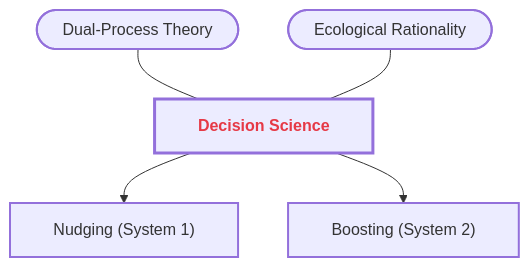
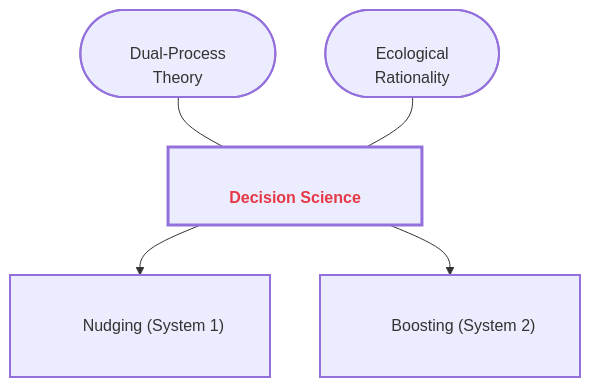
The fifth of 8 diagrams in Communication_Influence/Mastery_Guide_SOW_BS033.md (GM024/CourseSummaries), drawn with Mermaid before and after one commit. The commit also changed other lines of this file, not shown here.

Commit message:
GitHub-Hardened V2: 12px font and 10-space buffers for zero-clipping guarantee

````diff
--- a/Communication_Influence/Mastery_Guide_SOW_BS033.md
+++ b/Communication_Influence/Mastery_Guide_SOW_BS033.md
@@ -168,14 +168,14 @@
 ```mermaid
-%%{init: { 'flowchart': { 'padding': 20, 'nodeSpacing': 50, 'rankSpacing': 50, 'useMaxWidth': false }, 'theme': 'neutral', 'themeVariables': { 'fontSize': '14px', 'fontFamily': '-apple-system,BlinkMacSystemFont,"Segoe UI",Helvetica,Arial,sans-serif' }}}%%
+%%{init: { 'flowchart': { 'padding': 30, 'useMaxWidth': false, 'htmlLabels': true }, 'theme': 'neutral', 'themeVariables': { 'fontSize': '12px', 'fontFamily': '-apple-system,BlinkMacSystemFont,"Segoe UI",Helvetica,Arial,sans-serif' }}}%%
 graph TD
     classDef sandbox stroke-width:2px;
     classDef hub stroke-width:3px,font-weight:bold;
 
-    Hub["&nbsp;&nbsp; <span style='color:#e63946'><b>Decision Science</b></span> &nbsp;&nbsp;"]:::hub
+    Hub["<br/>&nbsp;&nbsp;&nbsp;&nbsp;&nbsp;&nbsp; <span style='color:#e63946'><b>Decision Science</b></span> &nbsp;&nbsp;&nbsp;&nbsp;&nbsp;&nbsp;<br/>"]:::hub
     
-    S1(["&nbsp;&nbsp; Dual-Process Theory &nbsp;&nbsp;"]):::sandbox --- Hub
-    S2(["&nbsp;&nbsp; Ecological Rationality &nbsp;&nbsp;"]):::sandbox --- Hub
+    S1(["<br/>&nbsp;&nbsp;&nbsp;&nbsp;&nbsp;&nbsp; Dual-Process &nbsp;&nbsp;&nbsp;&nbsp;&nbsp;&nbsp;<br/>&nbsp;&nbsp;&nbsp;&nbsp;&nbsp;&nbsp; Theory &nbsp;&nbsp;&nbsp;&nbsp;&nbsp;&nbsp;<br/>"]):::sandbox --- Hub
+    S2(["<br/>&nbsp;&nbsp;&nbsp;&nbsp;&nbsp;&nbsp; Ecological &nbsp;&nbsp;&nbsp;&nbsp;&nbsp;&nbsp;<br/>&nbsp;&nbsp;&nbsp;&nbsp;&nbsp;&nbsp; Rationality &nbsp;&nbsp;&nbsp;&nbsp;&nbsp;&nbsp;<br/>"]):::sandbox --- Hub
     
-    Hub --> B1["&nbsp;&nbsp; Nudging (System 1) &nbsp;&nbsp;"]:::sandbox
-    Hub --> B2["&nbsp;&nbsp; Boosting (System 2) &nbsp;&nbsp;"]:::sandbox
+    Hub --> B1["<br/>&nbsp;&nbsp;&nbsp;&nbsp;&nbsp;&nbsp; Nudging (System 1) &nbsp;&nbsp;&nbsp;&nbsp;&nbsp;&nbsp;<br/>"]:::sandbox
+    Hub --> B2["<br/>&nbsp;&nbsp;&nbsp;&nbsp;&nbsp;&nbsp; Boosting (System 2) &nbsp;&nbsp;&nbsp;&nbsp;&nbsp;&nbsp;<br/>"]:::sandbox
 ```
````
